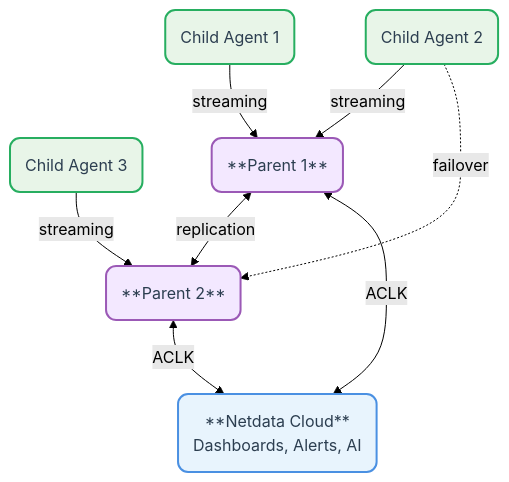
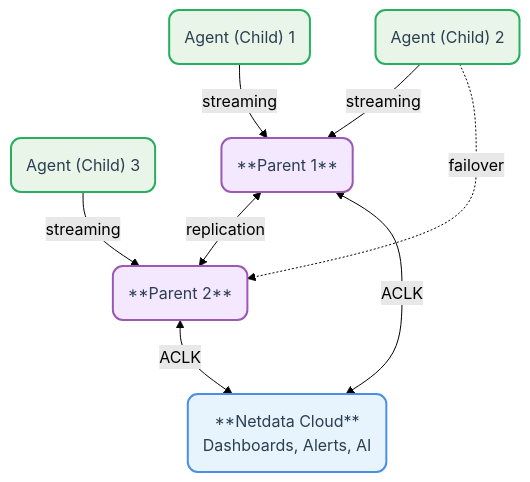
The diagram in docs/welcome-to-netdata.md (netdata/netdata), drawn with Mermaid (forest theme) before and after one commit. The commit also changed other lines of this file and 8 other files, not shown here.

````diff
--- a/docs/welcome-to-netdata.md
+++ b/docs/welcome-to-netdata.md
@@ -19,30 +147,30 @@
 ```mermaid
 flowchart TB
-    C1("Child Agent 1")
-    C2("Child Agent 2")
-    C3("Child Agent 3")
+    C1("Agent (Child) 1")
+    C2("Agent (Child) 2")
+    C3("Agent (Child) 3")
 
     P1("**Parent 1**")
     P2("**Parent 2**")
 
     NC("**Netdata Cloud**<br/>Dashboards, Alerts, AI")
 
     C1 -->|streaming| P1
     C2 -->|streaming| P1
     C3 -->|streaming| P2
     C2 -.->|failover| P2
     P1 <-->|replication| P2
     P1 <-->|ACLK| NC
     P2 <-->|ACLK| NC
 
     classDef child fill: #e8f5e8, stroke: #27ae60, stroke-width: 2px, color: #2c3e50, rx: 10, ry: 10
     classDef parent fill: #f3e8ff, stroke: #9b59b6, stroke-width: 2px, color: #2c3e50, rx: 10, ry: 10
     classDef cloud fill: #e8f4fd, stroke: #4a90e2, stroke-width: 2px, color: #2c3e50, rx: 10, ry: 10
 
     class C1 child
     class C2 child
     class C3 child
     class P1 parent
     class P2 parent
     class NC cloud
 ```
````
